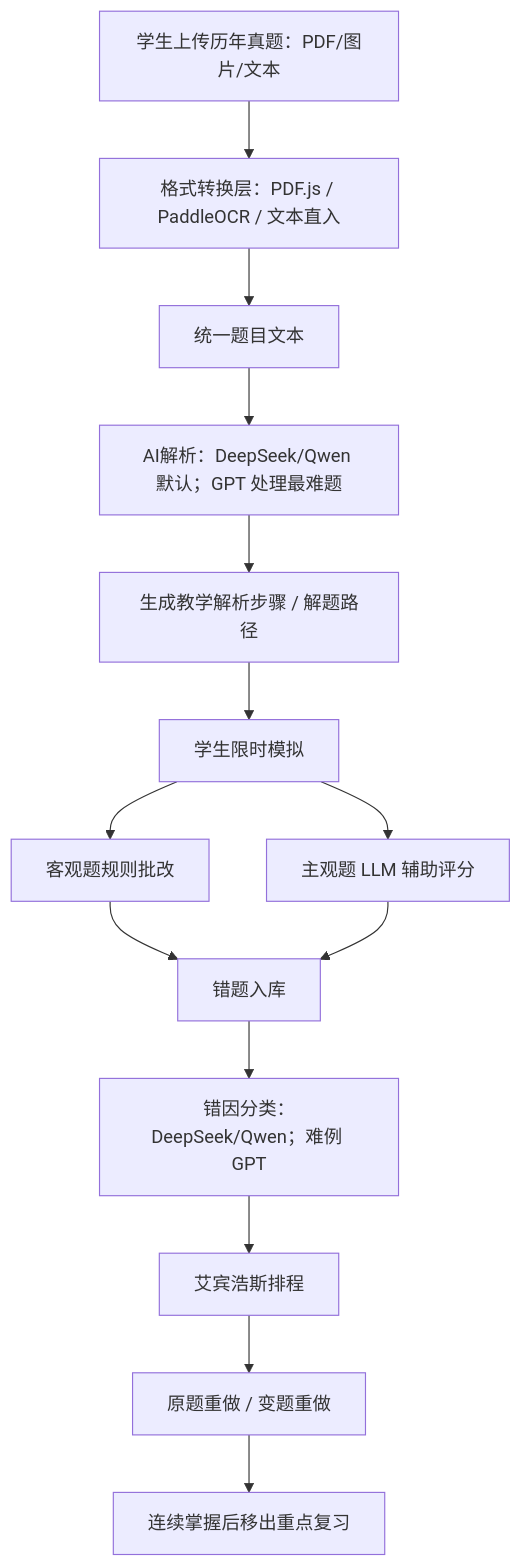
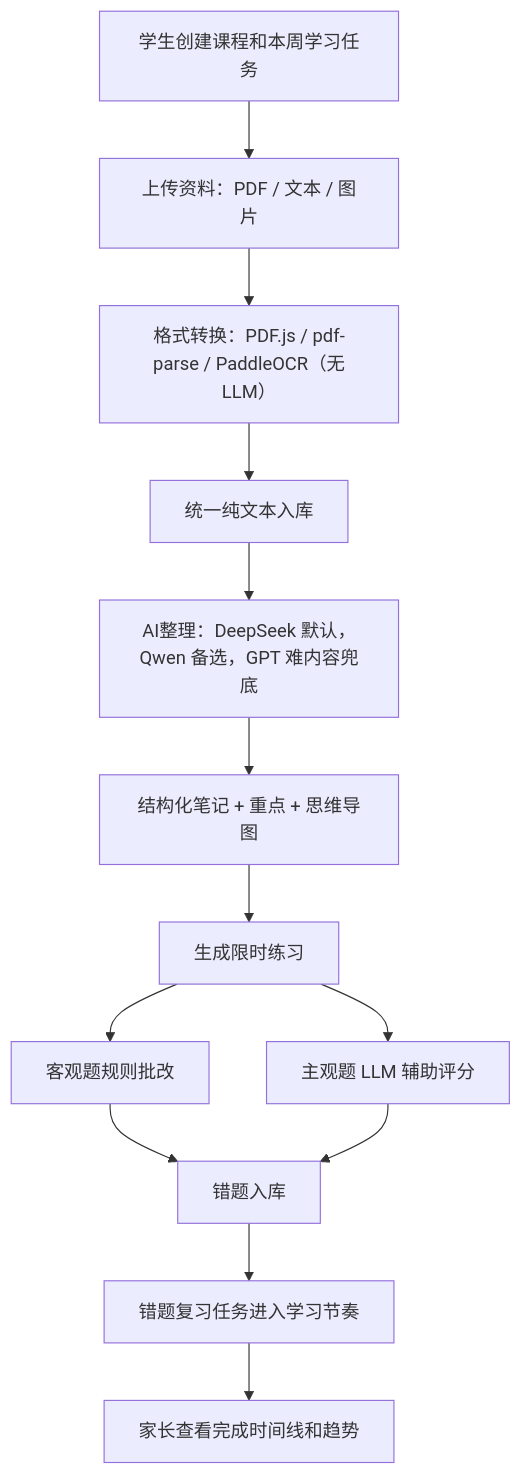
One commit to everything-is-simple/ai-studybuddy changed the second of 3 diagrams in docs/PRD.md. Above: the diagram before and after it, drawn with Mermaid. The commit also changed other lines of this file and 5 other files, not shown here.

````diff
--- a/docs/PRD.md
+++ b/docs/PRD.md
@@ -289,16 +130,15 @@
 ```mermaid
 flowchart TD
-  A["学生上传历年真题：PDF/图片/文本"] --> B["格式转换层：PDF.js / PaddleOCR / 文本直入"]
-  B --> C["统一题目文本"]
-  C --> D["AI解析：DeepSeek/Qwen 默认；GPT 处理最难题"]
-  D --> E["生成教学解析步骤 / 解题路径"]
-  E --> F["学生限时模拟"]
-  F --> G1["客观题规则批改"]
-  F --> G2["主观题 LLM 辅助评分"]
-  G1 --> H["错题入库"]
-  G2 --> H
-  H --> I["错因分类：DeepSeek/Qwen；难例 GPT"]
-  I --> J["艾宾浩斯排程"]
-  J --> K["原题重做 / 变题重做"]
-  K --> L["连续掌握后移出重点复习"]
+  A["学生创建课程和本周学习任务"] --> B["上传资料：PDF / 文本 / 图片"]
+  B --> C["格式转换：PDF.js / pdf-parse / PaddleOCR（无LLM）"]
+  C --> D["统一纯文本入库"]
+  D --> E["AI整理：DeepSeek 默认，Qwen 备选，GPT 难内容兜底"]
+  E --> F["结构化笔记 + 重点 + 思维导图"]
+  F --> G["生成限时练习"]
+  G --> H1["客观题规则批改"]
+  G --> H2["主观题 LLM 辅助评分"]
+  H1 --> I["错题入库"]
+  H2 --> I
+  I --> J["错题复习任务进入学习节奏"]
+  J --> K["家长查看完成时间线和趋势"]
 ```
````
